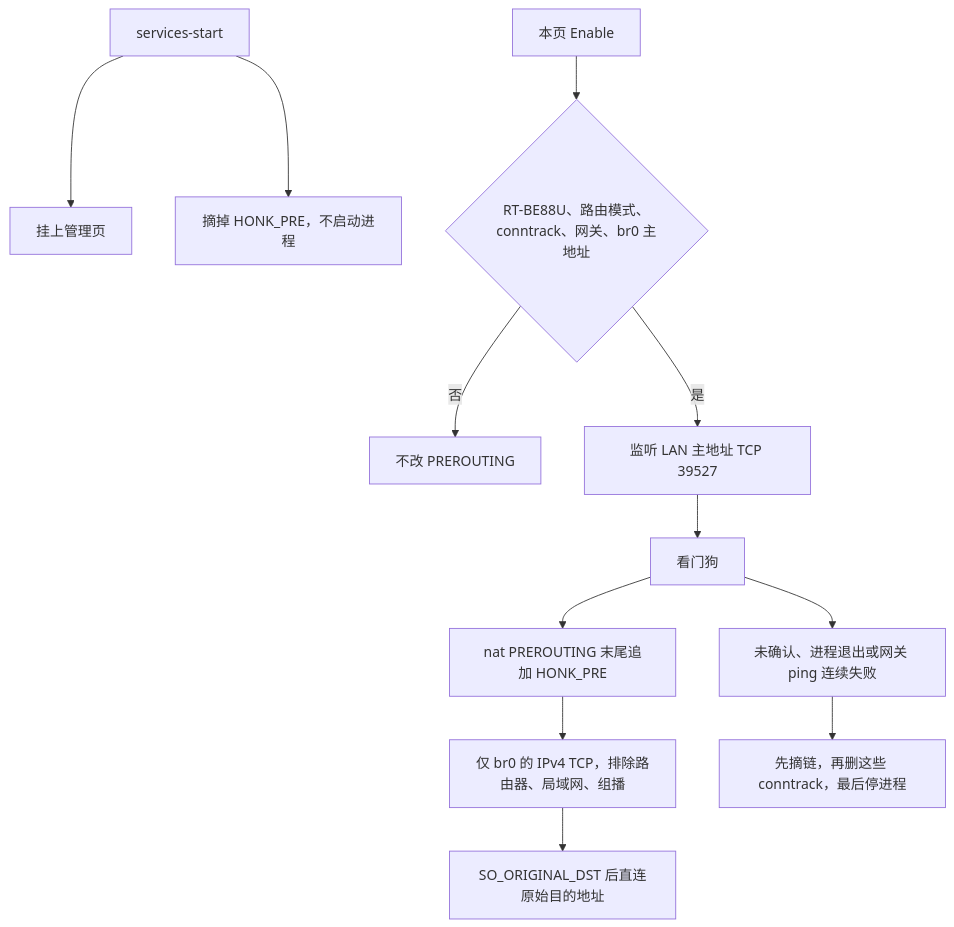
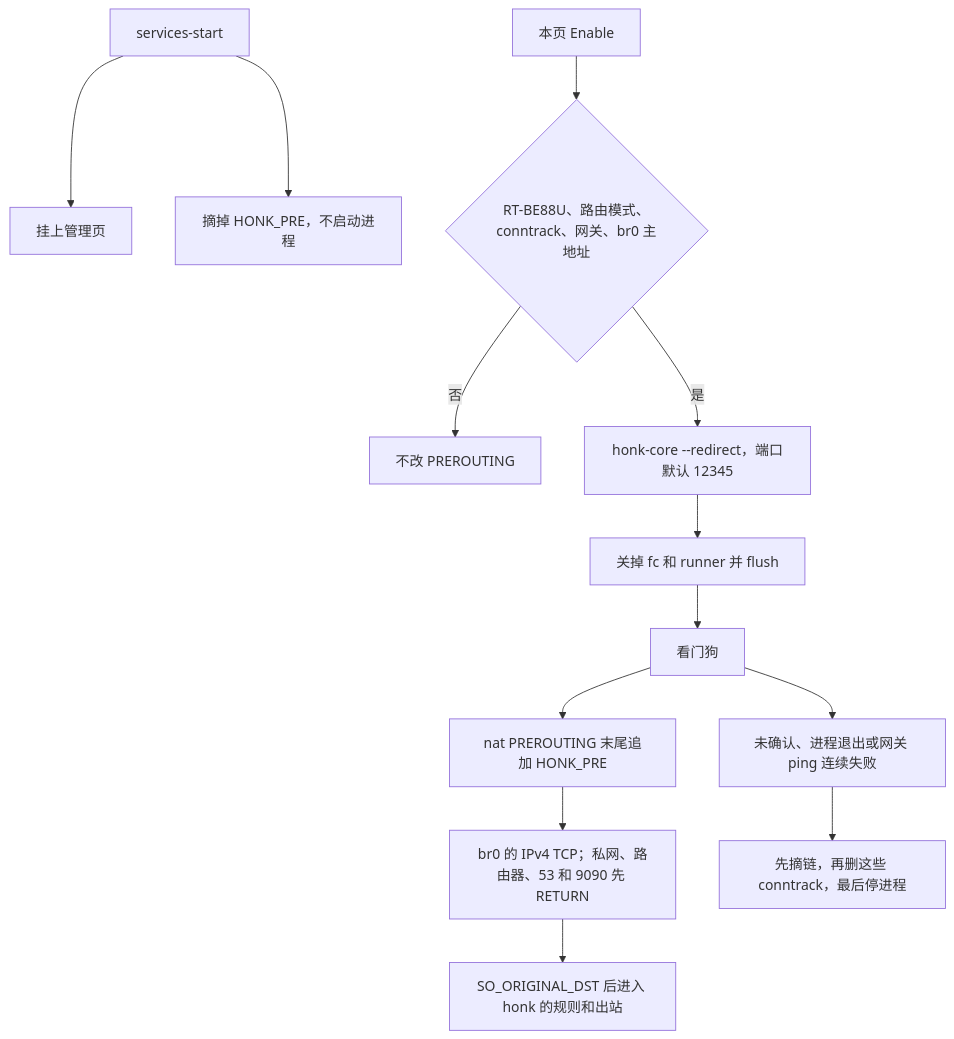
One commit to ThePeppy/honk-merlin changed the diagram in merlin/README_merlin.md. Above: the diagram before and after it, drawn with Mermaid. The commit also changed other lines of this file and 9 other files, not shown here.

Commit message:
feat(merlin): arm honk-core and keep direct traffic local

````diff
--- a/merlin/README_merlin.md
+++ b/merlin/README_merlin.md
@@ -20,14 +20,15 @@
 ```mermaid
 flowchart TD
   boot["services-start"] --> ui["挂上管理页"]
   boot --> off["摘掉 HONK_PRE，不启动进程"]
   enable["本页 Enable"] --> gate{"RT-BE88U、路由模式、conntrack、网关、br0 主地址"}
   gate -->|否| refuse["不改 PREROUTING"]
-  gate -->|是| listen["监听 LAN 主地址 TCP 39527"]
-  listen --> watch["看门狗"]
+  gate -->|是| listen["honk-core --redirect，端口默认 12345"]
+  listen --> fc["关掉 fc 和 runner 并 flush"]
+  fc --> watch["看门狗"]
   watch --> link["nat PREROUTING 末尾追加 HONK_PRE"]
-  link --> redir["仅 br0 的 IPv4 TCP，排除路由器、局域网、组播"]
-  redir --> copy["SO_ORIGINAL_DST 后直连原始目的地址"]
+  link --> redir["br0 的 IPv4 TCP；私网、路由器、53 和 9090 先 RETURN"]
+  redir --> copy["SO_ORIGINAL_DST 后进入 honk 的规则和出站"]
   watch --> roll["未确认、进程退出或网关 ping 连续失败"]
   roll --> flush["先摘链，再删这些 conntrack，最后停进程"]
 ```
````
